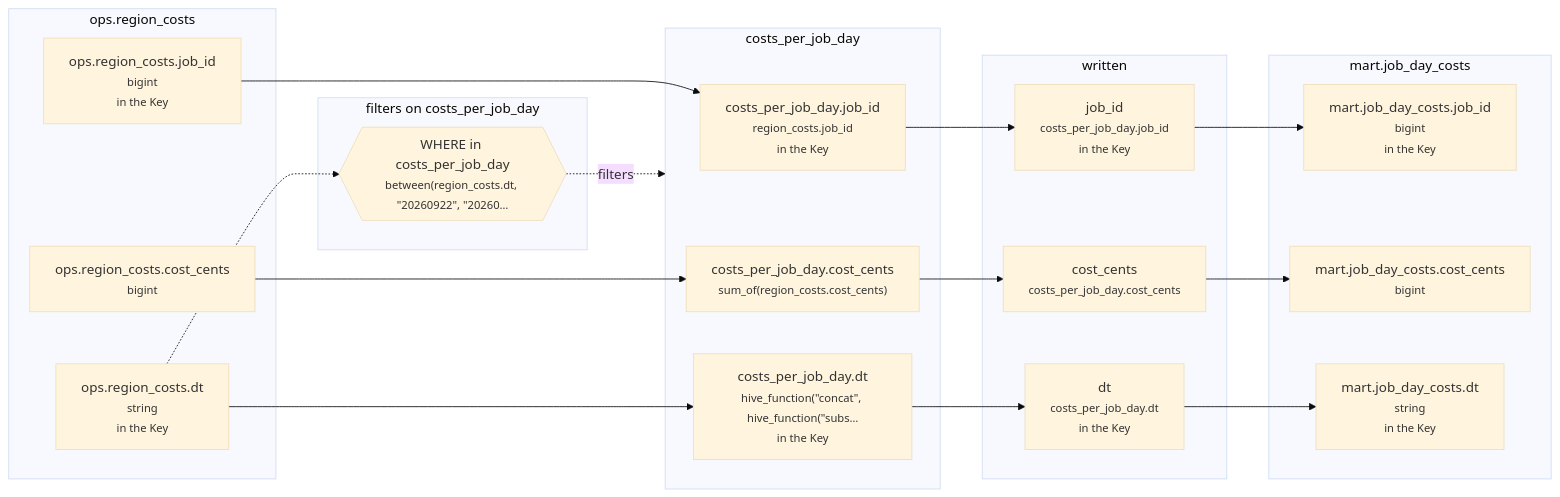
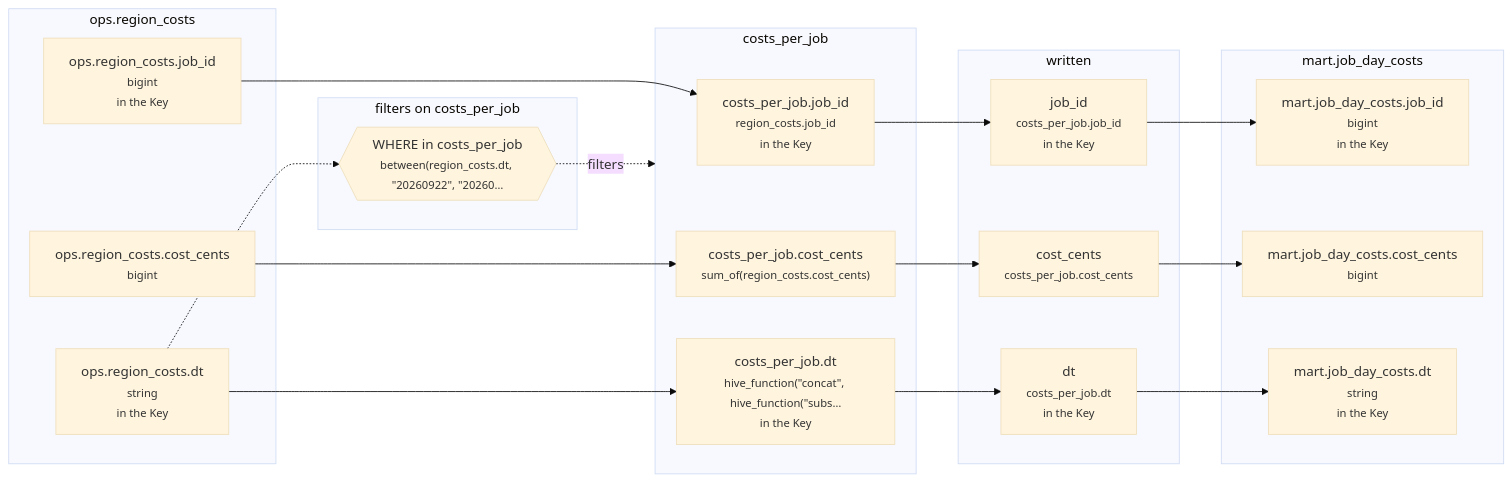
One commit to EdgyPage/SQL-Composer changed the diagram in example_projects/intermediate/tables/mart__job_day_costs/lineage/20260925-060000-mart__job_day_costs.md. Above: the diagram before and after it, drawn with Mermaid (base theme). The commit also changed other lines of this file and 99 other files, not shown here.

````diff
--- a/example_projects/intermediate/tables/mart__job_day_costs/lineage/20260925-060000-mart__job_day_costs.md
+++ b/example_projects/intermediate/tables/mart__job_day_costs/lineage/20260925-060000-mart__job_day_costs.md
@@ -7,37 +7,37 @@
 ```mermaid
 flowchart LR
   subgraph g0["ops.region_costs"]
     n0["ops.region_costs.job_id<br/><small>bigint</small><br/><small>in the Key</small>"]
     n2["ops.region_costs.cost_cents<br/><small>bigint</small>"]
     n4["ops.region_costs.dt<br/><small>string</small><br/><small>in the Key</small>"]
   end
-  subgraph g1["costs_per_job_day"]
-    n1["costs_per_job_day.job_id<br/><small>region_costs.job_id</small><br/><small>in the Key</small>"]
-    n3["costs_per_job_day.cost_cents<br/><small>sum_of(region_costs.cost_cents)</small>"]
-    n5["costs_per_job_day.dt<br/><small>hive_function(#quot;concat#quot;, hive_function(#quot;subs…</small><br/><small>in the Key</small>"]
+  subgraph g1["costs_per_job"]
+    n1["costs_per_job.job_id<br/><small>region_costs.job_id</small><br/><small>in the Key</small>"]
+    n3["costs_per_job.cost_cents<br/><small>sum_of(region_costs.cost_cents)</small>"]
+    n5["costs_per_job.dt<br/><small>hive_function(#quot;concat#quot;, hive_function(#quot;subs…</small><br/><small>in the Key</small>"]
   end
-  subgraph g2["filters on costs_per_job_day"]
-    n6{{"WHERE in costs_per_job_day<br/><small>between(region_costs.dt, #quot;20260922#quot;, #quot;20260…</small>"}}
+  subgraph g2["filters on costs_per_job"]
+    n6{{"WHERE in costs_per_job<br/><small>between(region_costs.dt, #quot;20260922#quot;, #quot;20260…</small>"}}
   end
   subgraph g3["written"]
-    n7["job_id<br/><small>costs_per_job_day.job_id</small><br/><small>in the Key</small>"]
-    n8["cost_cents<br/><small>costs_per_job_day.cost_cents</small>"]
-    n9["dt<br/><small>costs_per_job_day.dt</small><br/><small>in the Key</small>"]
+    n7["job_id<br/><small>costs_per_job.job_id</small><br/><small>in the Key</small>"]
+    n8["cost_cents<br/><small>costs_per_job.cost_cents</small>"]
+    n9["dt<br/><small>costs_per_job.dt</small><br/><small>in the Key</small>"]
   end
   subgraph g4["mart.job_day_costs"]
     n10["mart.job_day_costs.job_id<br/><small>bigint</small><br/><small>in the Key</small>"]
     n11["mart.job_day_costs.cost_cents<br/><small>bigint</small>"]
     n12["mart.job_day_costs.dt<br/><small>string</small><br/><small>in the Key</small>"]
   end
   n0 --> n1
   n2 --> n3
   n4 --> n5
   n4 -.-> n6
   n1 --> n7
   n3 --> n8
   n5 --> n9
   n7 --> n10
   n8 --> n11
   n9 --> n12
   n6 -.->|filters| g1
 ```
````
